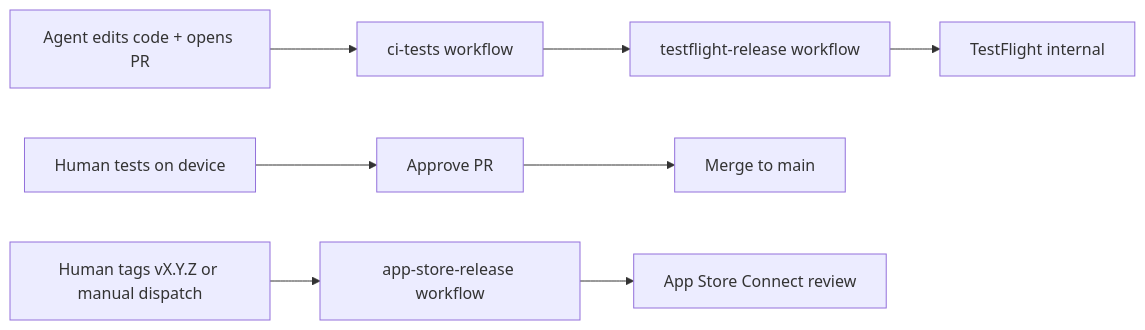
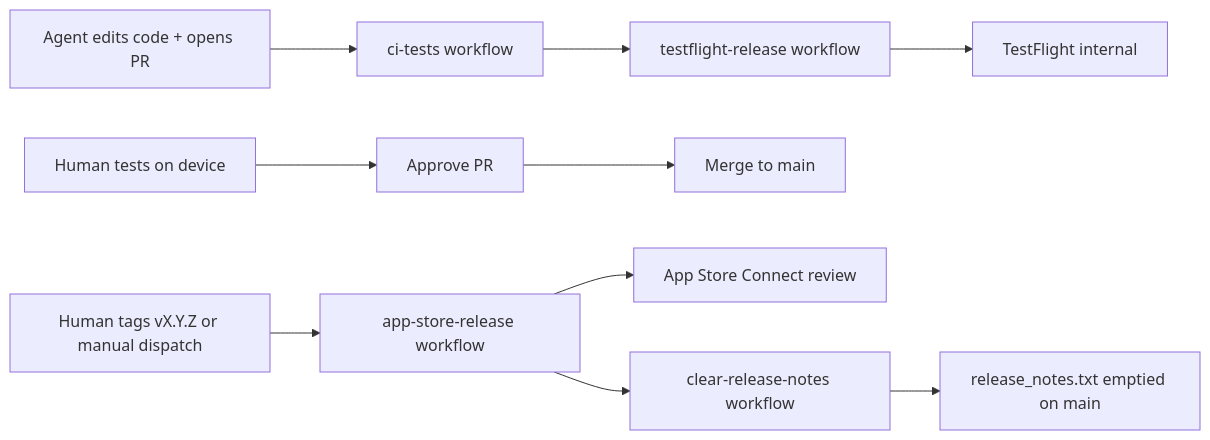
Before and after one commit to chriskelly/MusicWall: the diagram in docs/ci.md, drawn with Mermaid. The commit also changed other lines of this file and 5 other files, not shown here.

First line of the commit message:
feat(release): validate What's New before the build and clear it after a release

````diff
--- a/docs/ci.md
+++ b/docs/ci.md
@@ -7,10 +7,12 @@
 ```mermaid
 flowchart LR
   Agent[Agent edits code + opens PR] --> CiTests[ci-tests workflow]
   CiTests --> Preview[testflight-release workflow]
   Preview --> TF[TestFlight internal]
   Human[Human tests on device] --> Approve[Approve PR]
   Approve --> Main[Merge to main]
   Tag[Human tags vX.Y.Z or manual dispatch] --> Release[app-store-release workflow]
   Release --> ASC[App Store Connect review]
+  Release --> Clear[clear-release-notes workflow]
+  Clear --> Notes[release_notes.txt emptied on main]
 ```
````
